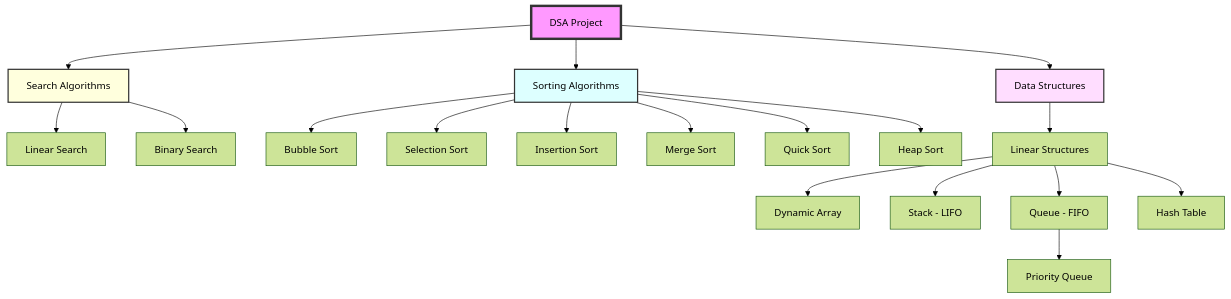
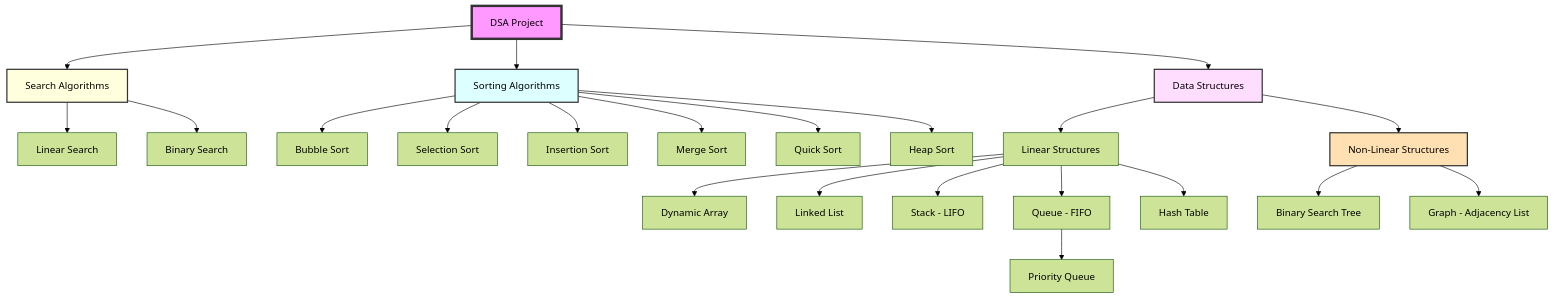
The diagram in README.md (ahmedGHtarek0/Data-Structure), drawn with Mermaid (forest theme) before and after one commit. The commit also changed other lines of this file and 6 other files, not shown here.

Commit message:
Add Graph, Tree, and Linked List implementations and guides, and update main README

````diff
--- a/README.md
+++ b/README.md
@@ -8,28 +8,34 @@
 ```mermaid
 graph TD
     DSA[DSA Project] --> Search[Search Algorithms]
     DSA --> Sort[Sorting Algorithms]
     DSA --> DS[Data Structures]
     
     Search --> LS[Linear Search]
     Search --> BS[Binary Search]
     
     Sort --> BSort[Bubble Sort]
     Sort --> SSort[Selection Sort]
     Sort --> ISort[Insertion Sort]
     Sort --> MSort[Merge Sort]
     Sort --> QSort[Quick Sort]
     Sort --> HSort[Heap Sort]
     
     DS --> Linear[Linear Structures]
     Linear --> DA[Dynamic Array]
+    Linear --> LL[Linked List]
     Linear --> S[Stack - LIFO]
     Linear --> Q[Queue - FIFO]
     Linear --> HT[Hash Table]
     Q --> PQ[Priority Queue]
     
+    DS --> NonLinear[Non-Linear Structures]
+    NonLinear --> Tree[Binary Search Tree]
+    NonLinear --> Graph[Graph - Adjacency List]
+    
     style DSA fill:#f9f,stroke:#333,stroke-width:4px
     style Search fill:#ffd,stroke:#333,stroke-width:2px
     style Sort fill:#dff,stroke:#333,stroke-width:2px
     style DS fill:#fdf,stroke:#333,stroke-width:2px
+    style NonLinear fill:#ffe0b2,stroke:#333,stroke-width:2px
 ```
````
